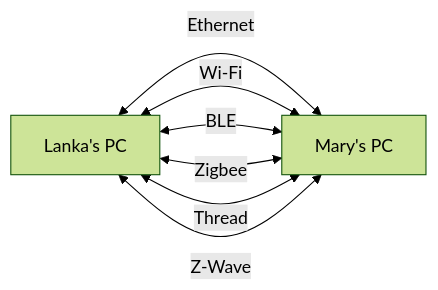
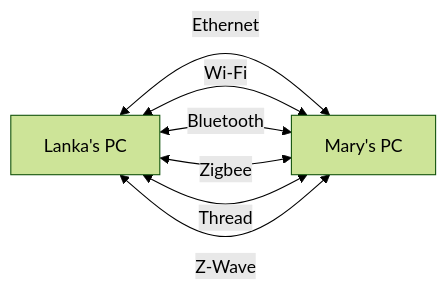
One commit to lankahsu520/HelperX changed the second of 5 diagrams in helper_IoT.md. Above: the diagram before and after it, drawn with Mermaid (forest theme). The commit also changed other lines of this file, not shown here.

````diff
--- a/helper_IoT.md
+++ b/helper_IoT.md
@@ -37,12 +37,12 @@
 ```mermaid
 flowchart LR
 
 Lanka[Lanka's PC]
 Mary[Mary's PC]
 Lanka <--> |Ethernet|Mary
 Lanka <--> |Wi-Fi|Mary
-Lanka <--> |BLE|Mary
+Lanka <--> |Bluetooth|Mary
 Lanka <--> |Zigbee|Mary
 Lanka <--> |Thread|Mary
 Lanka <--> |Z-Wave|Mary
 ```
````
